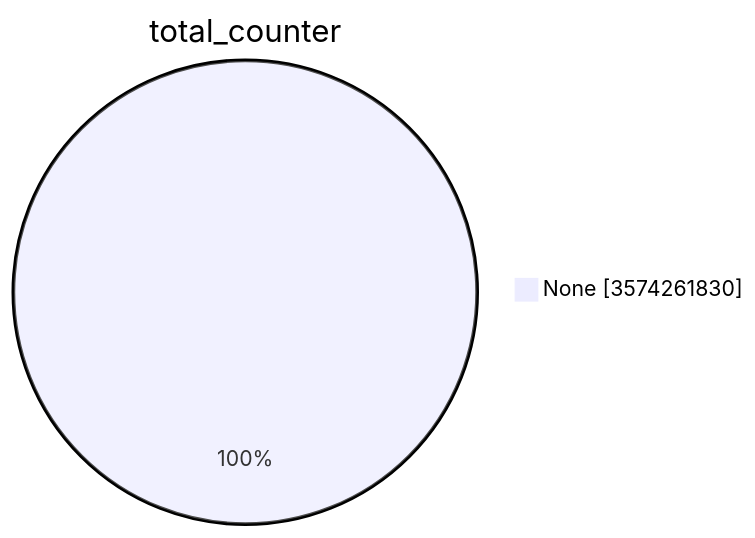
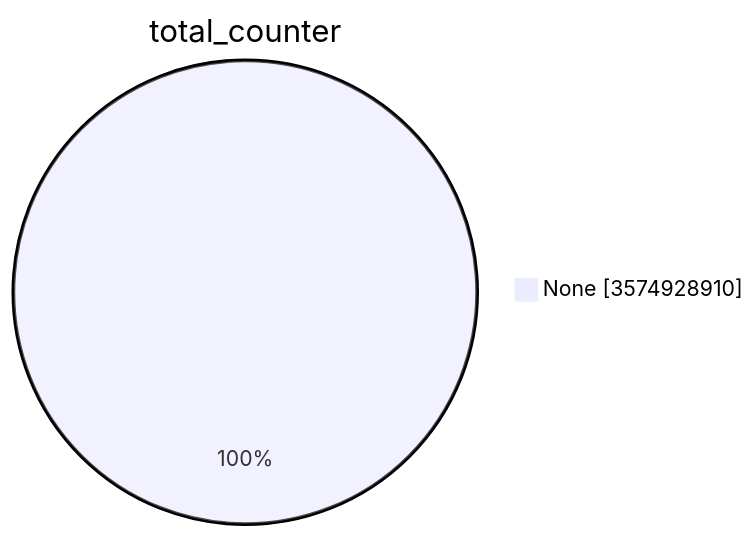
Before and after one commit to christiankrug/ctmonitor_visualization: the first of 15 diagrams in TOTAL/README.md, drawn with Mermaid. The commit also changed other lines of this file, not shown here.

````diff
--- a/TOTAL/README.md
+++ b/TOTAL/README.md
@@ -1,5 +1,5 @@
 ```mermaid
 pie showData
 title total_counter
-"None" :3574261830
+"None" :3574928910
 ```
````
